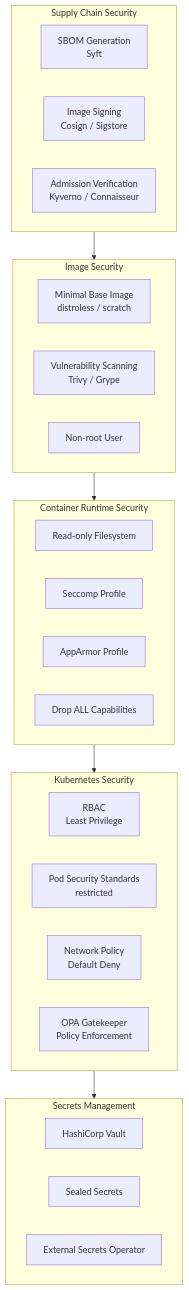
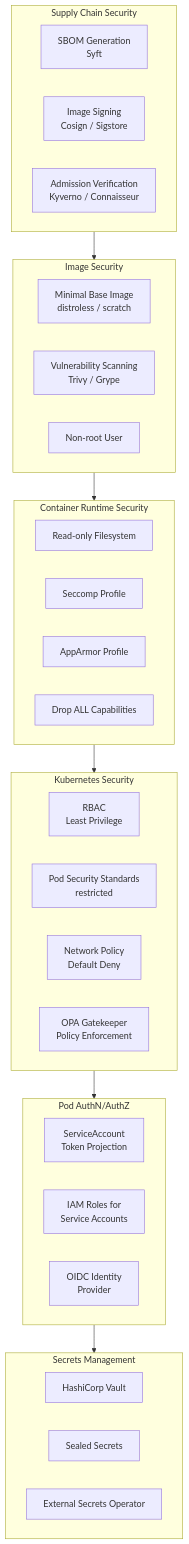
One commit to walterfan/devops-cookbook changed the first of 2 diagrams in doc/source/en/chapters/ch28_security_best_practices.md. Above: the diagram before and after it, drawn with Mermaid. The commit also changed other lines of this file and 33 other files, not shown here.

````diff
--- a/doc/source/en/chapters/ch28_security_best_practices.md
+++ b/doc/source/en/chapters/ch28_security_best_practices.md
@@ -3,31 +3,36 @@
 ```{mermaid}
 flowchart TB
     subgraph Supply["Supply Chain Security"]
         SBOM[SBOM Generation<br/>Syft]
         Sign[Image Signing<br/>Cosign / Sigstore]
         Verify[Admission Verification<br/>Kyverno / Connaisseur]
     end
     subgraph Image["Image Security"]
         Minimal[Minimal Base Image<br/>distroless / scratch]
         Scan[Vulnerability Scanning<br/>Trivy / Grype]
         NoRoot[Non-root User]
     end
     subgraph Container["Container Runtime Security"]
         RO[Read-only Filesystem]
         Seccomp[Seccomp Profile]
         AppArmor[AppArmor Profile]
         NoCap[Drop ALL Capabilities]
     end
     subgraph K8s["Kubernetes Security"]
         RBAC[RBAC<br/>Least Privilege]
         PSS[Pod Security Standards<br/>restricted]
         NetPol[Network Policy<br/>Default Deny]
         OPA[OPA Gatekeeper<br/>Policy Enforcement]
     end
+    subgraph PodAuth["Pod AuthN/AuthZ"]
+        SA[ServiceAccount<br/>Token Projection]
+        IRSA[IAM Roles for<br/>Service Accounts]
+        OIDC_P[OIDC Identity<br/>Provider]
+    end
     subgraph Secrets["Secrets Management"]
         Vault[HashiCorp Vault]
         Sealed[Sealed Secrets]
         ESO[External Secrets Operator]
     end
-    Supply --> Image --> Container --> K8s --> Secrets
+    Supply --> Image --> Container --> K8s --> PodAuth --> Secrets
 ```
````
